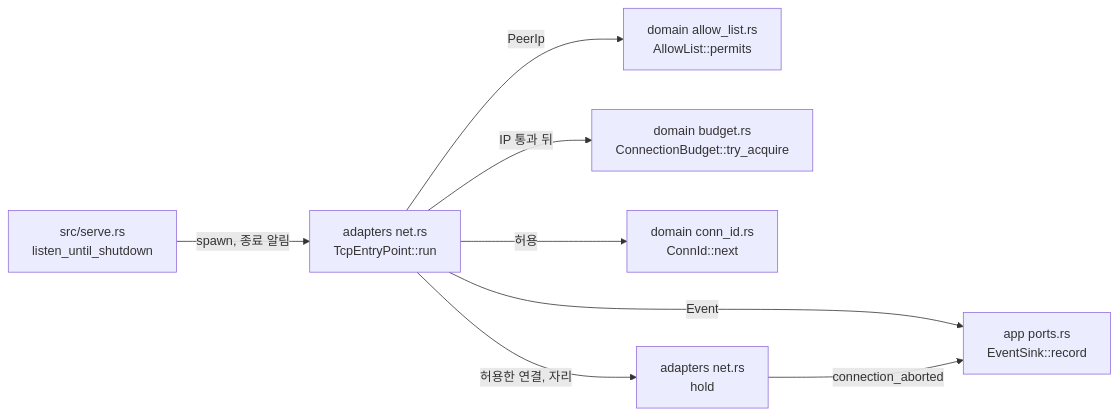
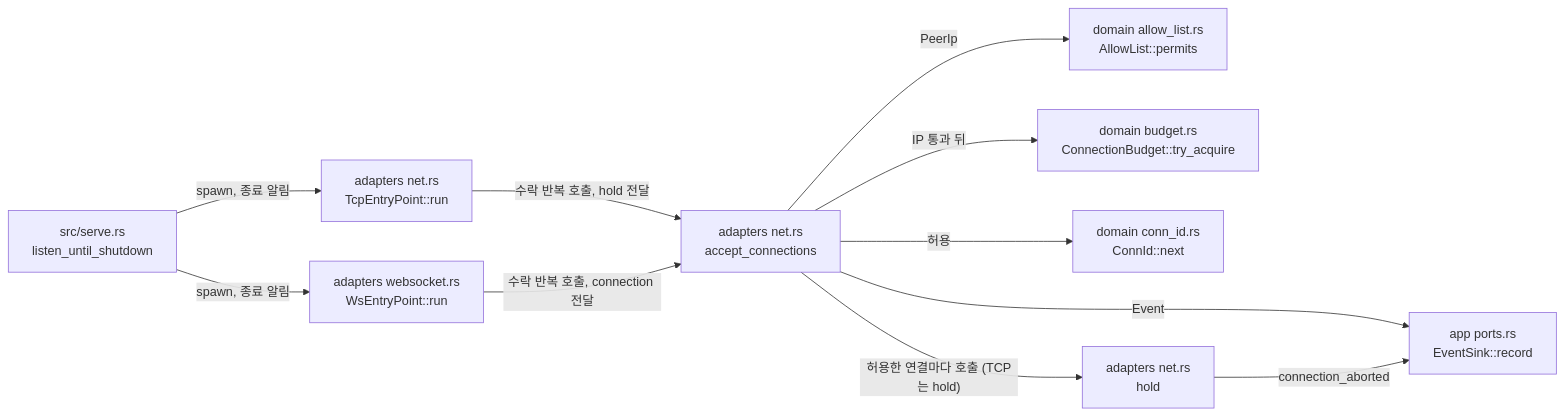
The diagram in docs/architectures/tcp-entry-point.md (kayden-kim/vnc-relay), drawn with Mermaid before and after one commit. The commit also changed other lines of this file and 6 other files, not shown here.

Commit message:
docs(architecture): sync entry point and limit docs with websocket upgrade

````diff
--- a/docs/architectures/tcp-entry-point.md
+++ b/docs/architectures/tcp-entry-point.md
@@ -44,10 +44,13 @@
 ```mermaid
 flowchart LR
     SERVE["src/serve.rs<br/>listen_until_shutdown"] -->|"spawn, 종료 알림"| EP["adapters net.rs<br/>TcpEntryPoint::run"]
-    EP -->|"PeerIp"| ALLOW["domain allow_list.rs<br/>AllowList::permits"]
-    EP -->|"IP 통과 뒤"| BUDGET["domain budget.rs<br/>ConnectionBudget::try_acquire"]
-    EP -->|"허용"| ID["domain conn_id.rs<br/>ConnId::next"]
-    EP -->|"Event"| SINK["app ports.rs<br/>EventSink::record"]
-    EP -->|"허용한 연결, 자리"| HOLD["adapters net.rs<br/>hold"]
+    SERVE -->|"spawn, 종료 알림"| WSEP["adapters websocket.rs<br/>WsEntryPoint::run"]
+    EP -->|"수락 반복 호출, hold 전달"| ACC["adapters net.rs<br/>accept_connections"]
+    WSEP -->|"수락 반복 호출, connection 전달"| ACC
+    ACC -->|"PeerIp"| ALLOW["domain allow_list.rs<br/>AllowList::permits"]
+    ACC -->|"IP 통과 뒤"| BUDGET["domain budget.rs<br/>ConnectionBudget::try_acquire"]
+    ACC -->|"허용"| ID["domain conn_id.rs<br/>ConnId::next"]
+    ACC -->|"Event"| SINK["app ports.rs<br/>EventSink::record"]
+    ACC -->|"허용한 연결마다 호출 (TCP는 hold)"| HOLD["adapters net.rs<br/>hold"]
     HOLD -->|"connection_aborted"| SINK
 ```
````
